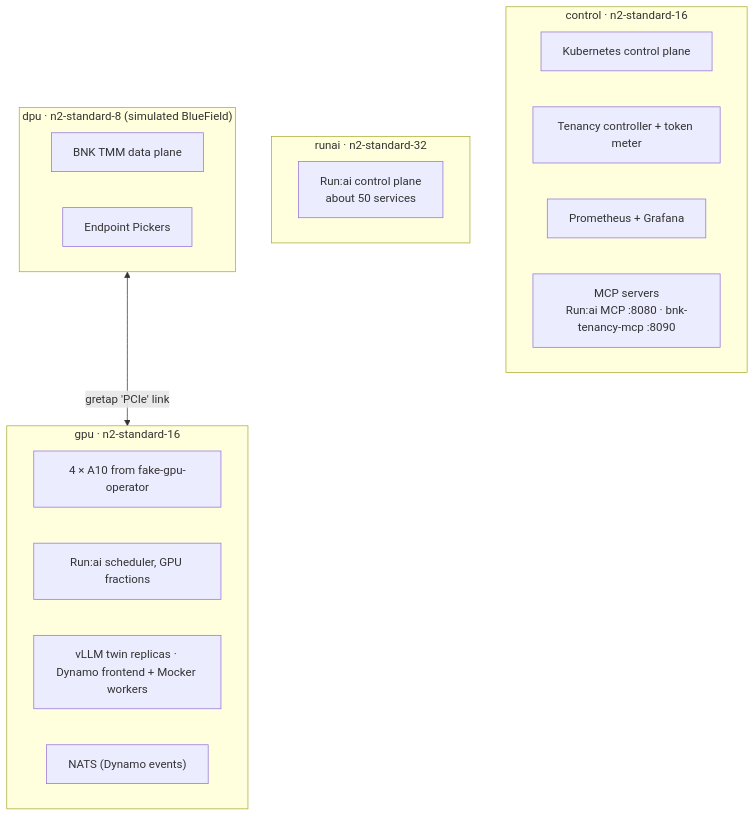
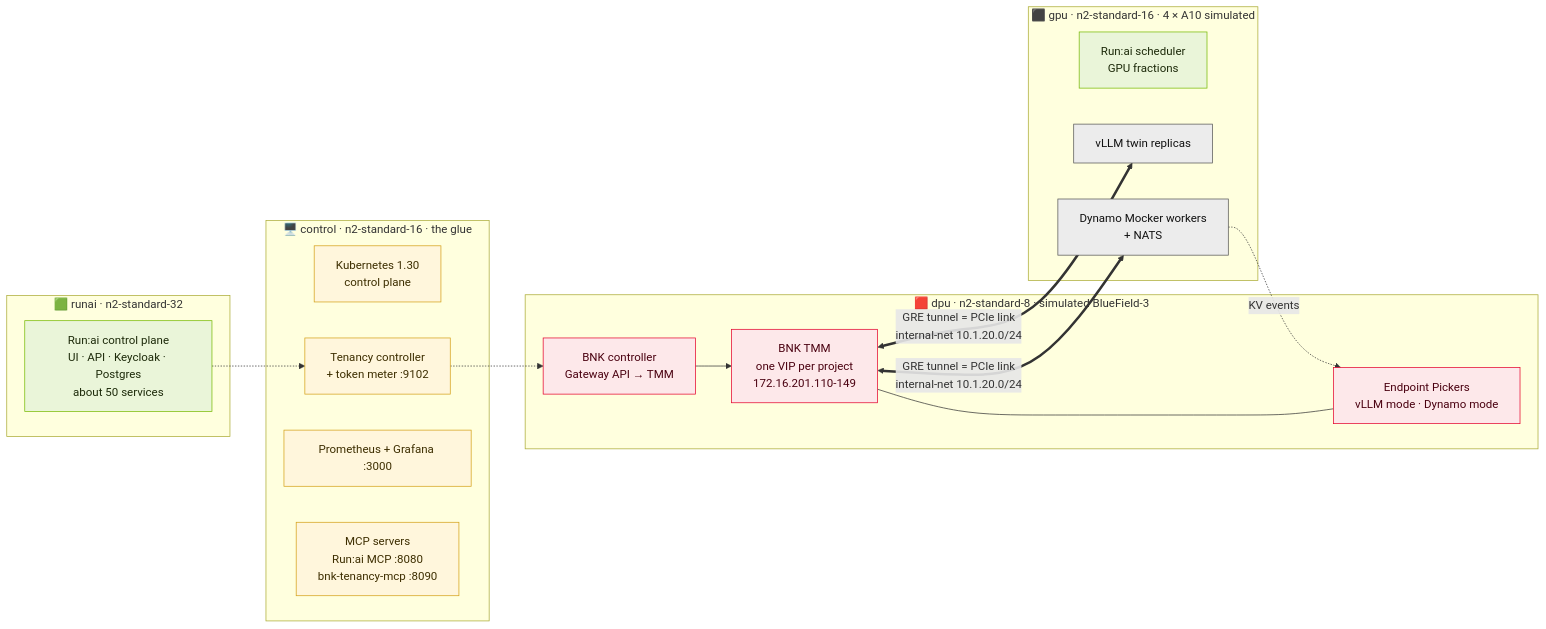
Before and after one commit to iracic82/bnk-runai-lab: the third of 5 diagrams in README.md, drawn with Mermaid. The commit also changed other lines of this file and 2 other files, not shown here.

Commit message:
README: lab topology image, the eight flows with their proof, colour-coded diagrams

````diff
--- a/README.md
+++ b/README.md
@@ -96,23 +141,36 @@
 ```mermaid
-flowchart TB
-    subgraph control["control · n2-standard-16"]
-        k8s["Kubernetes control plane"]
-        tc["Tenancy controller + token meter"]
-        obs["Prometheus + Grafana"]
-        mcp["MCP servers<br/>Run:ai MCP :8080 · bnk-tenancy-mcp :8090"]
+flowchart LR
+    subgraph control["🖥️ control · n2-standard-16 · the glue"]
+        k8s["Kubernetes 1.30<br/>control plane"]
+        tc["Tenancy controller<br/>+ token meter :9102"]
+        obs["Prometheus + Grafana :3000"]
+        mcp["MCP servers<br/>Run:ai MCP :8080<br/>bnk-tenancy-mcp :8090"]
     end
-    subgraph runai["runai · n2-standard-32"]
-        rcp["Run:ai control plane<br/>about 50 services"]
+    subgraph runai["🟩 runai · n2-standard-32"]
+        rcp["Run:ai control plane<br/>UI · API · Keycloak · Postgres<br/>about 50 services"]
     end
-    subgraph dpu["dpu · n2-standard-8 (simulated BlueField)"]
-        tmm["BNK TMM data plane"]
-        pick["Endpoint Pickers"]
+    subgraph dpu["🟥 dpu · n2-standard-8 · simulated BlueField-3"]
+        bc["BNK controller<br/>Gateway API → TMM"]
+        tmm["BNK TMM<br/>one VIP per project<br/>172.16.201.110-149"]
+        pick["Endpoint Pickers<br/>vLLM mode · Dynamo mode"]
     end
-    subgraph gpu["gpu · n2-standard-16"]
-        fake["4 × A10 from fake-gpu-operator"]
-        sched["Run:ai scheduler, GPU fractions"]
-        models["vLLM twin replicas · Dynamo frontend + Mocker workers"]
-        nats["NATS (Dynamo events)"]
+    subgraph gpu["⬛ gpu · n2-standard-16 · 4 × A10 simulated"]
+        sched["Run:ai scheduler<br/>GPU fractions"]
+        models["vLLM twin replicas"]
+        dyn["Dynamo Mocker workers<br/>+ NATS"]
     end
-    dpu <-->|"gretap 'PCIe' link"| gpu
+    rcp -.-> tc
+    tc -.-> bc --> tmm
+    tmm <==>|"GRE tunnel = PCIe link<br/>internal-net 10.1.20.0/24"| models & dyn
+    pick --- tmm
+    dyn -.->|KV events| pick
+
+    classDef c fill:#fff6dc,stroke:#d4a017,color:#3d2e00
+    classDef r fill:#eaf5d9,stroke:#76b900,color:#1d2a0a
+    classDef d fill:#fde8ea,stroke:#e4002b,color:#4a0010
+    classDef g fill:#ececec,stroke:#555,color:#111
+    class k8s,tc,obs,mcp c
+    class rcp,sched r
+    class bc,tmm,pick d
+    class models,dyn g
 ```
````
